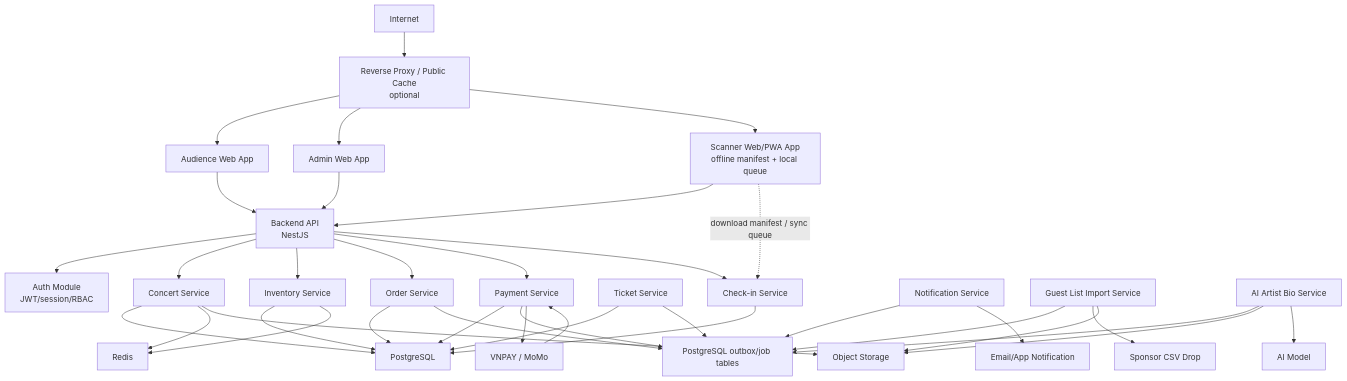
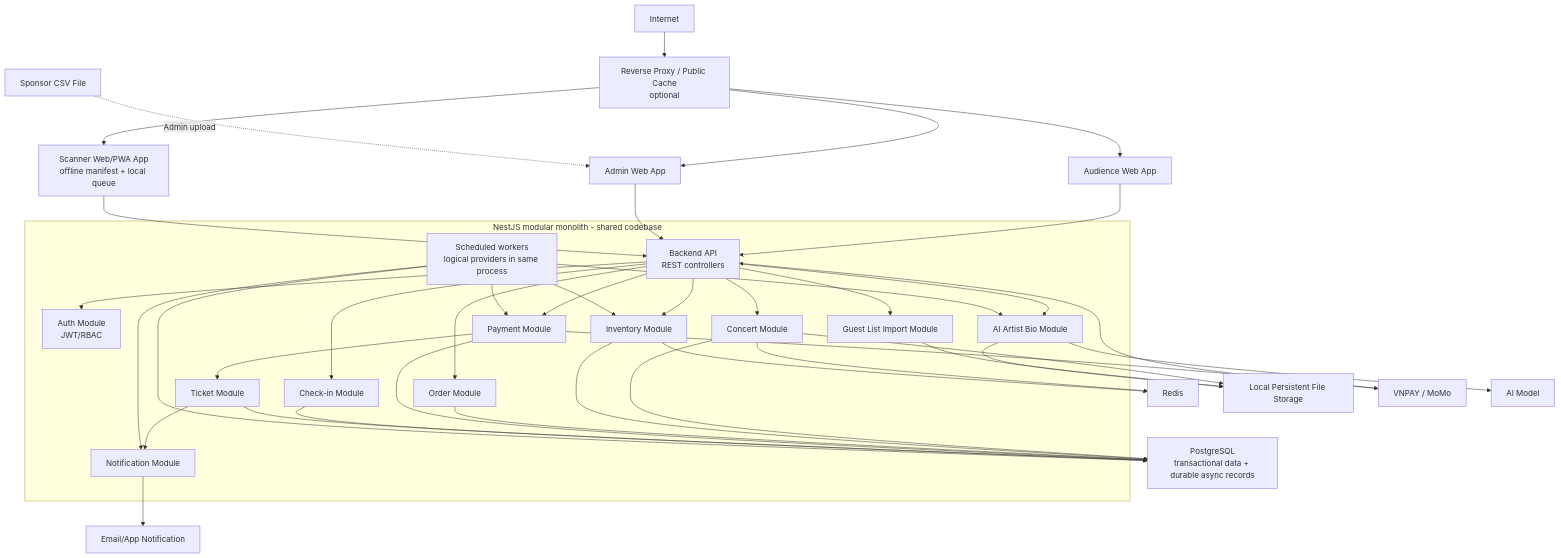
The first of 2 diagrams in blueprint/03-high-level-architecture.md (Toanapr/ticket-box), drawn with Mermaid before and after one commit. The commit also changed other lines of this file and 24 other files, not shown here.

````diff
--- a/blueprint/03-high-level-architecture.md
+++ b/blueprint/03-high-level-architecture.md
@@ -7,74 +7,76 @@
 ```mermaid
 flowchart TD
     Internet["Internet"]
     Edge["Reverse Proxy / Public Cache<br/>optional"]
-    Gateway["Backend API<br/>NestJS"]
-
     AudienceWeb["Audience Web App"]
     AdminWeb["Admin Web App"]
     ScannerApp["Scanner Web/PWA App<br/>offline manifest + local queue"]
 
-    Auth["Auth Module<br/>JWT/session/RBAC"]
-    Concert["Concert Service"]
-    Inventory["Inventory Service"]
-    Order["Order Service"]
-    PaymentSvc["Payment Service"]
-    Ticket["Ticket Service"]
-    Checkin["Check-in Service"]
-    Notify["Notification Service"]
-    GuestImport["Guest List Import Service"]
-    AIBio["AI Artist Bio Service"]
+    subgraph Backend["NestJS modular monolith - shared codebase"]
+        API["Backend API<br/>REST controllers"]
+        Worker["Scheduled workers<br/>logical providers in same process"]
+        Auth["Auth Module<br/>JWT/RBAC"]
+        Concert["Concert Module"]
+        Inventory["Inventory Module"]
+        Order["Order Module"]
+        PaymentModule["Payment Module"]
+        Ticket["Ticket Module"]
+        Checkin["Check-in Module"]
+        Notify["Notification Module"]
+        GuestImport["Guest List Import Module"]
+        AIBio["AI Artist Bio Module"]
+    end
 
-    Postgres["PostgreSQL"]
+    Postgres["PostgreSQL<br/>transactional data + durable async records"]
     Redis["Redis"]
-    AsyncState["PostgreSQL outbox/job tables"]
-    Storage["Object Storage"]
+    Storage["Local Persistent File Storage"]
 
     PaymentGateway["VNPAY / MoMo"]
     AIModel["AI Model"]
-    CSVSource["Sponsor CSV Drop"]
+    CSVFile["Sponsor CSV File"]
     EmailProvider["Email/App Notification"]
 
     Internet --> Edge
     Edge --> AudienceWeb
     Edge --> AdminWeb
     Edge --> ScannerApp
 
-    AudienceWeb --> Gateway
-    AdminWeb --> Gateway
-    ScannerApp --> Gateway
+    AudienceWeb --> API
+    AdminWeb --> API
+    ScannerApp --> API
 
-    Gateway --> Auth
-    Gateway --> Concert
-    Gateway --> Inventory
-    Gateway --> Order
-    Gateway --> PaymentSvc
-    Gateway --> Checkin
+    API --> Auth
+    API --> Concert
+    API --> Inventory
+    API --> Order
+    API --> PaymentModule
+    API --> Checkin
+    API --> GuestImport
+    API --> AIBio
+    PaymentModule --> Ticket
+    Ticket --> Notify
+    Worker --> Inventory
+    Worker --> Notify
+    Worker --> AIBio
+    Worker --> PaymentModule
 
     Concert --> Postgres
     Concert --> Redis
     Concert --> Storage
     Inventory --> Postgres
     Inventory --> Redis
     Order --> Postgres
-    PaymentSvc --> Postgres
+    PaymentModule --> Postgres
     Ticket --> Postgres
     Checkin --> Postgres
 
-    Order --> AsyncState
-    PaymentSvc --> AsyncState
-    Ticket --> AsyncState
-    GuestImport --> AsyncState
-    AIBio --> AsyncState
-    Notify --> AsyncState
+    Worker --> Postgres
 
-    PaymentSvc --> PaymentGateway
-    PaymentGateway --> PaymentSvc
+    PaymentModule --> PaymentGateway
+    PaymentGateway --> API
     Notify --> EmailProvider
-    GuestImport --> CSVSource
     GuestImport --> Storage
+    CSVFile -. "Admin upload" .-> AdminWeb
     AIBio --> Storage
     AIBio --> AIModel
-
-    ScannerApp -. "download manifest / sync queue" .-> Checkin
 ```
````
